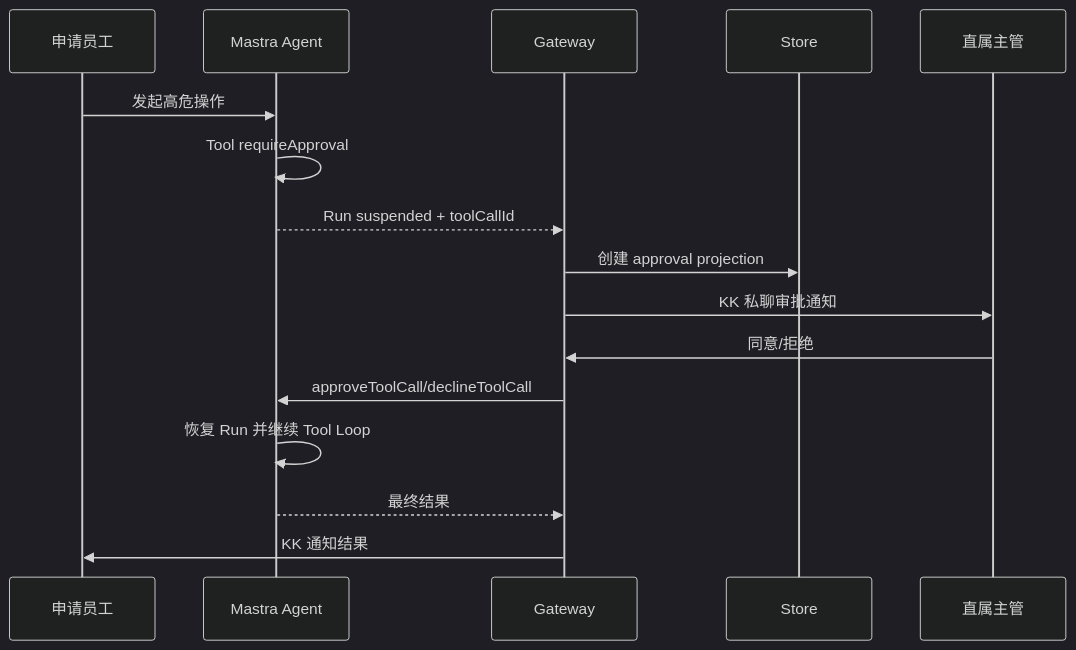
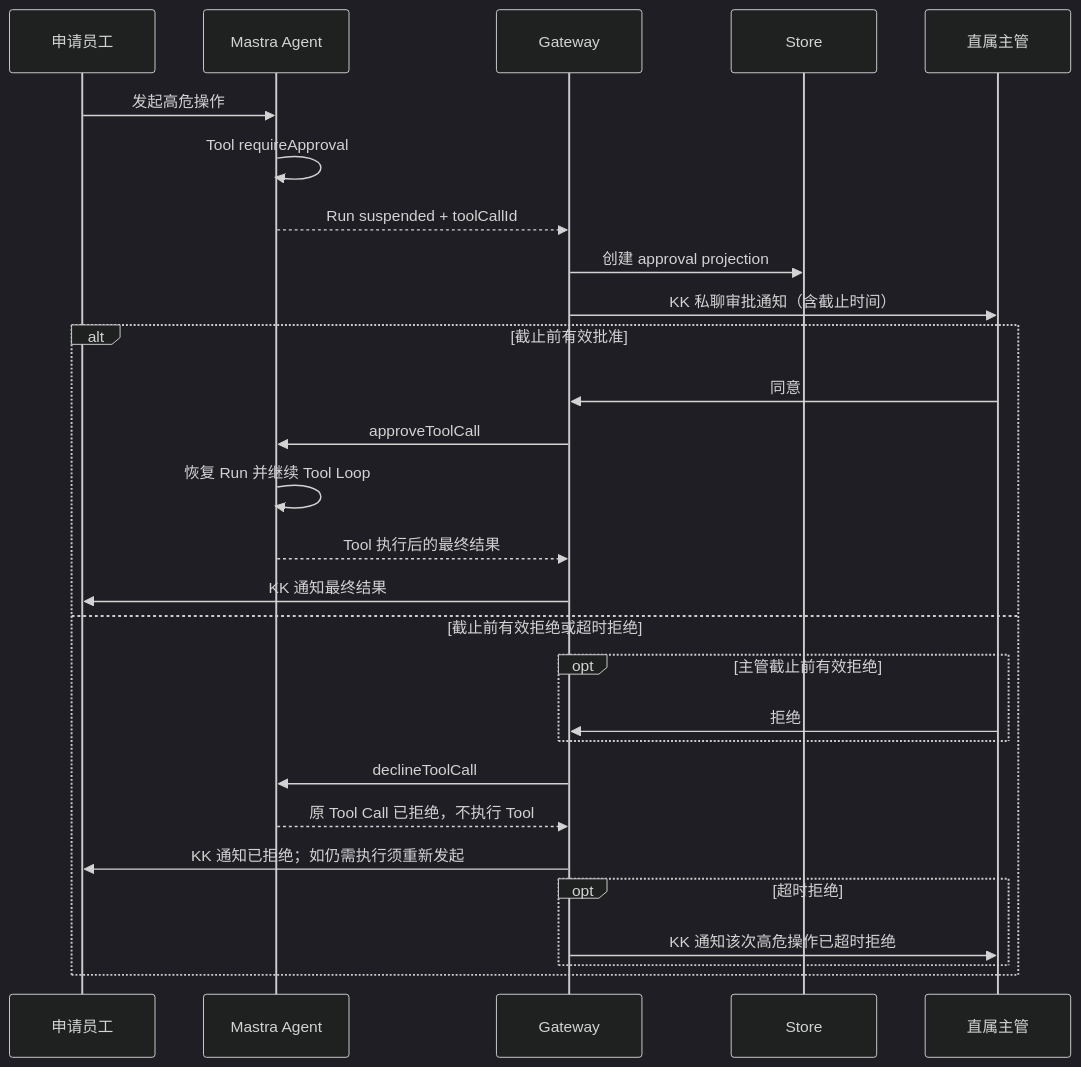
Before and after one commit to dnslin/kairo: the third of 3 diagrams in docs/KKBot-Mastra-Native-Refactor-Spec.md, drawn with Mermaid (dark theme). The commit also changed other lines of this file, not shown here.

````diff
--- a/docs/KKBot-Mastra-Native-Refactor-Spec.md
+++ b/docs/KKBot-Mastra-Native-Refactor-Spec.md
@@ -1686,19 +1704,31 @@
 ```mermaid
 sequenceDiagram
     participant U as 申请员工
     participant A as Mastra Agent
     participant G as Gateway
     participant S as Store
     participant L as 直属主管
 
     U->>A: 发起高危操作
     A->>A: Tool requireApproval
     A-->>G: Run suspended + toolCallId
     G->>S: 创建 approval projection
-    G->>L: KK 私聊审批通知
-    L->>G: 同意/拒绝
-    G->>A: approveToolCall/declineToolCall
-    A->>A: 恢复 Run 并继续 Tool Loop
-    A-->>G: 最终结果
-    G->>U: KK 通知结果
+    G->>L: KK 私聊审批通知（含截止时间）
+    alt 截止前有效批准
+        L->>G: 同意
+        G->>A: approveToolCall
+        A->>A: 恢复 Run 并继续 Tool Loop
+        A-->>G: Tool 执行后的最终结果
+        G->>U: KK 通知最终结果
+    else 截止前有效拒绝或超时拒绝
+        opt 主管截止前有效拒绝
+            L->>G: 拒绝
+        end
+        G->>A: declineToolCall
+        A-->>G: 原 Tool Call 已拒绝，不执行 Tool
+        G->>U: KK 通知已拒绝；如仍需执行须重新发起
+        opt 超时拒绝
+            G->>L: KK 通知该次高危操作已超时拒绝
+        end
+    end
 ```
````
